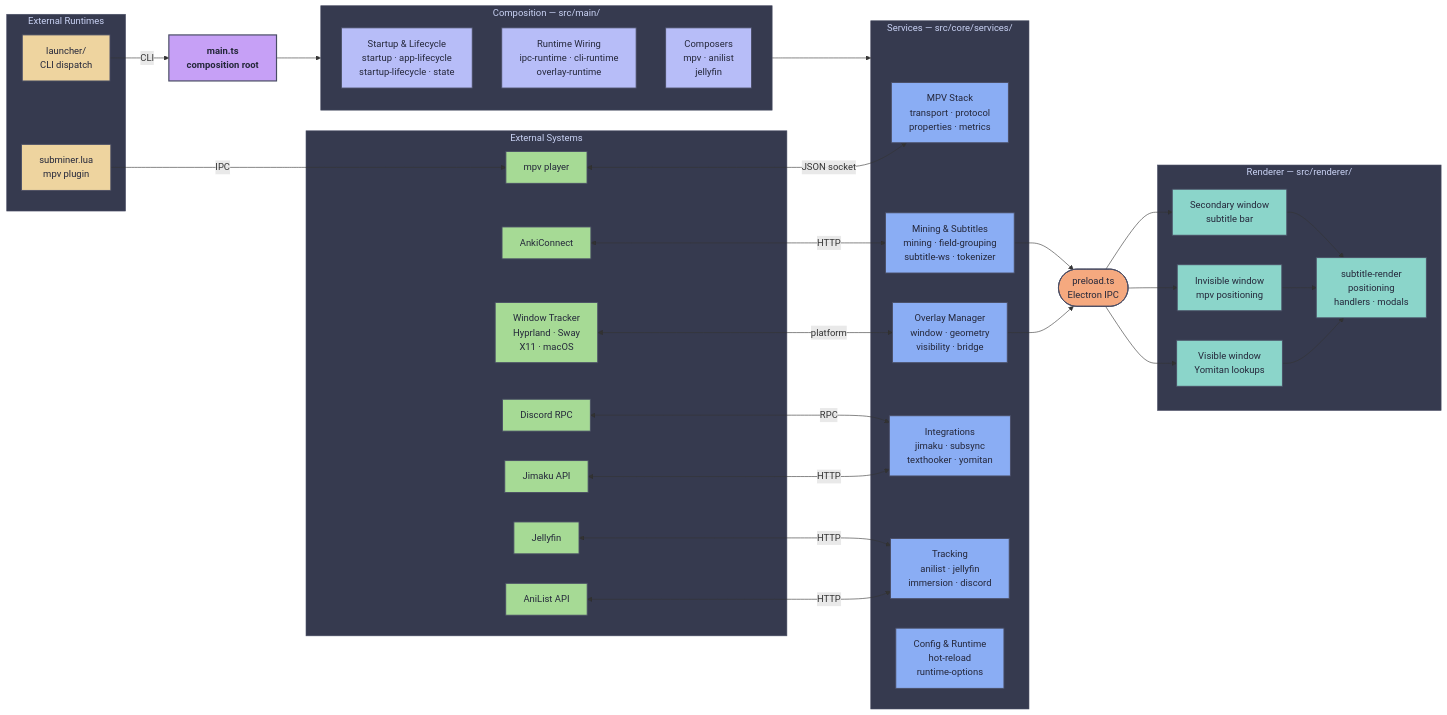
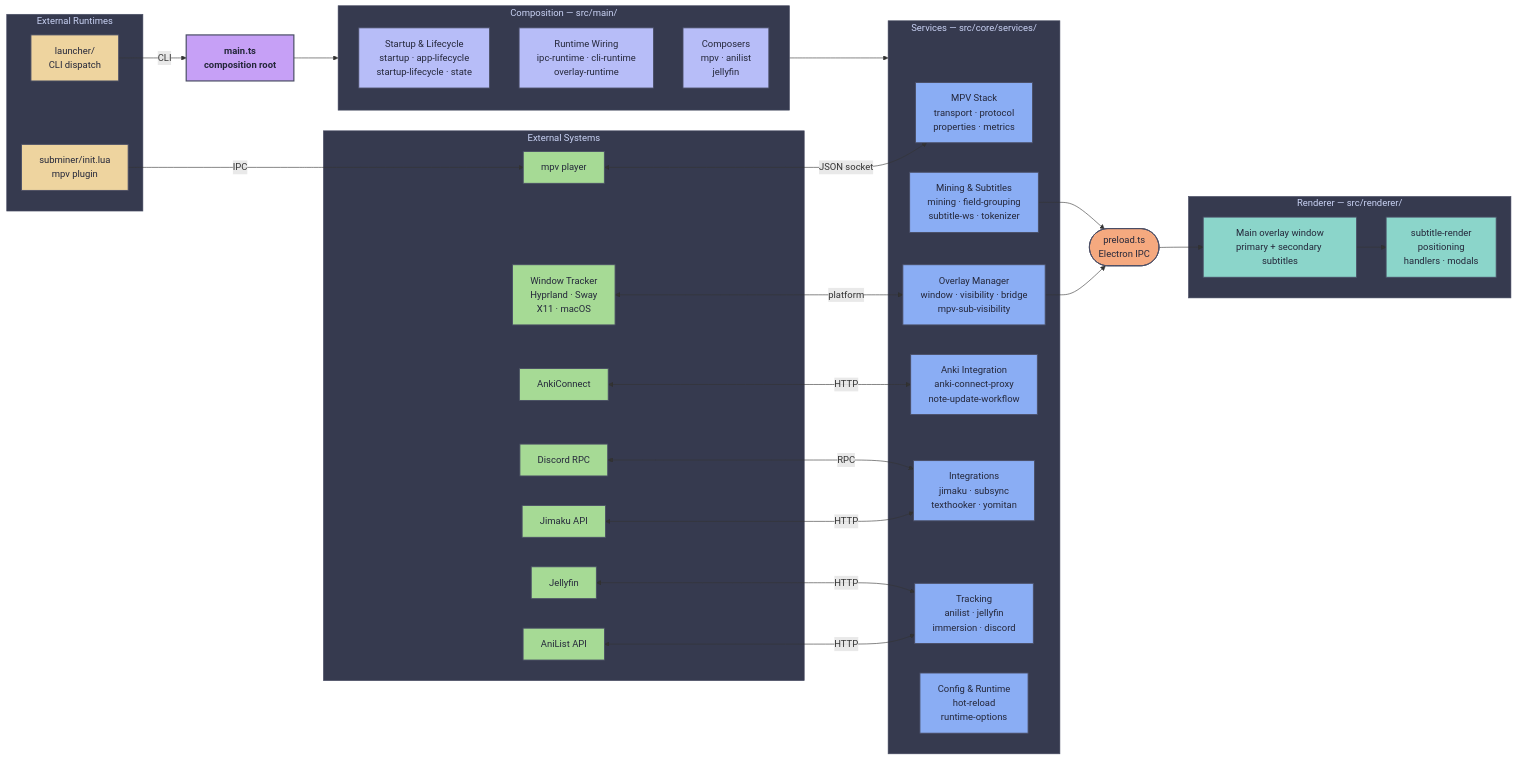
Before and after one commit to ksyasuda/SubMiner: the first of 2 diagrams in docs/architecture.md, drawn with Mermaid. The commit also changed other lines of this file and 396 other files, not shown here.

````diff
--- a/docs/architecture.md
+++ b/docs/architecture.md
@@ -130,77 +134,74 @@
 ```mermaid
 flowchart LR
   classDef entry fill:#c6a0f6,stroke:#494d64,color:#24273a,stroke-width:2px,font-weight:bold
   classDef comp fill:#b7bdf8,stroke:#494d64,color:#24273a,stroke-width:1.5px
   classDef svc fill:#8aadf4,stroke:#494d64,color:#24273a,stroke-width:1.5px
   classDef bridge fill:#f5a97f,stroke:#494d64,color:#24273a,stroke-width:1.5px
   classDef rend fill:#8bd5ca,stroke:#494d64,color:#24273a,stroke-width:1.5px
   classDef ext fill:#a6da95,stroke:#494d64,color:#24273a,stroke-width:1.5px
   classDef extrt fill:#eed49f,stroke:#494d64,color:#24273a,stroke-width:1.5px
 
   subgraph ExtRt["External Runtimes"]
     Launcher["launcher/<br/>CLI dispatch"]:::extrt
-    Plugin["subminer.lua<br/>mpv plugin"]:::extrt
+    Plugin["subminer/init.lua<br/>mpv plugin"]:::extrt
   end
 
   subgraph Ext["External Systems"]
     mpvExt["mpv player"]:::ext
     AnkiExt["AnkiConnect"]:::ext
     JimakuExt["Jimaku API"]:::ext
     TrackerExt["Window Tracker<br/>Hyprland · Sway<br/>X11 · macOS"]:::ext
     AnilistExt["AniList API"]:::ext
     JellyfinExt["Jellyfin"]:::ext
     DiscordExt["Discord RPC"]:::ext
   end
 
   Main["main.ts<br/>composition root"]:::entry
 
   subgraph Comp["Composition — src/main/"]
     Startup["Startup & Lifecycle<br/>startup · app-lifecycle<br/>startup-lifecycle · state"]:::comp
     Wiring["Runtime Wiring<br/>ipc-runtime · cli-runtime<br/>overlay-runtime"]:::comp
     Composers["Composers<br/>mpv · anilist<br/>jellyfin"]:::comp
   end
 
   subgraph Svc["Services — src/core/services/"]
     Mpv["MPV Stack<br/>transport · protocol<br/>properties · metrics"]:::svc
-    Overlay["Overlay Manager<br/>window · geometry<br/>visibility · bridge"]:::svc
+    OverlaySvc["Overlay Manager<br/>window · visibility · bridge<br/>mpv-sub-visibility"]:::svc
     Mining["Mining & Subtitles<br/>mining · field-grouping<br/>subtitle-ws · tokenizer"]:::svc
+    AnkiProxy["Anki Integration<br/>anki-connect-proxy<br/>note-update-workflow"]:::svc
     Integrations["Integrations<br/>jimaku · subsync<br/>texthooker · yomitan"]:::svc
     Tracking["Tracking<br/>anilist · jellyfin<br/>immersion · discord"]:::svc
     Config["Config & Runtime<br/>hot-reload<br/>runtime-options"]:::svc
   end
 
   Bridge(["preload.ts<br/>Electron IPC"]):::bridge
 
   subgraph Rend["Renderer — src/renderer/"]
-    Visible["Visible window<br/>Yomitan lookups"]:::rend
-    Invisible["Invisible window<br/>mpv positioning"]:::rend
-    Secondary["Secondary window<br/>subtitle bar"]:::rend
+    OverlayWin["Main overlay window<br/>primary + secondary subtitles"]:::rend
     UI["subtitle-render<br/>positioning<br/>handlers · modals"]:::rend
   end
 
   Launcher -->|"CLI"| Main
   Plugin -->|"IPC"| mpvExt
 
   Main --> Comp
   Comp --> Svc
 
   mpvExt <-->|"JSON socket"| Mpv
-  AnkiExt <-->|"HTTP"| Mining
+  AnkiExt <-->|"HTTP"| AnkiProxy
   JimakuExt <-->|"HTTP"| Integrations
-  TrackerExt <-->|"platform"| Overlay
+  TrackerExt <-->|"platform"| OverlaySvc
   AnilistExt <-->|"HTTP"| Tracking
   JellyfinExt <-->|"HTTP"| Tracking
   DiscordExt <-->|"RPC"| Integrations
 
-  Overlay & Mining --> Bridge
-  Bridge --> Visible
-  Bridge --> Invisible
-  Bridge --> Secondary
-  Visible & Invisible & Secondary --> UI
+  OverlaySvc & Mining --> Bridge
+  Bridge --> OverlayWin
+  OverlayWin --> UI
 
   style Comp fill:#363a4f,stroke:#494d64,color:#cad3f5
   style Svc fill:#363a4f,stroke:#494d64,color:#cad3f5
   style Rend fill:#363a4f,stroke:#494d64,color:#cad3f5
   style Ext fill:#363a4f,stroke:#494d64,color:#cad3f5
   style ExtRt fill:#363a4f,stroke:#494d64,color:#cad3f5
 ```
````
